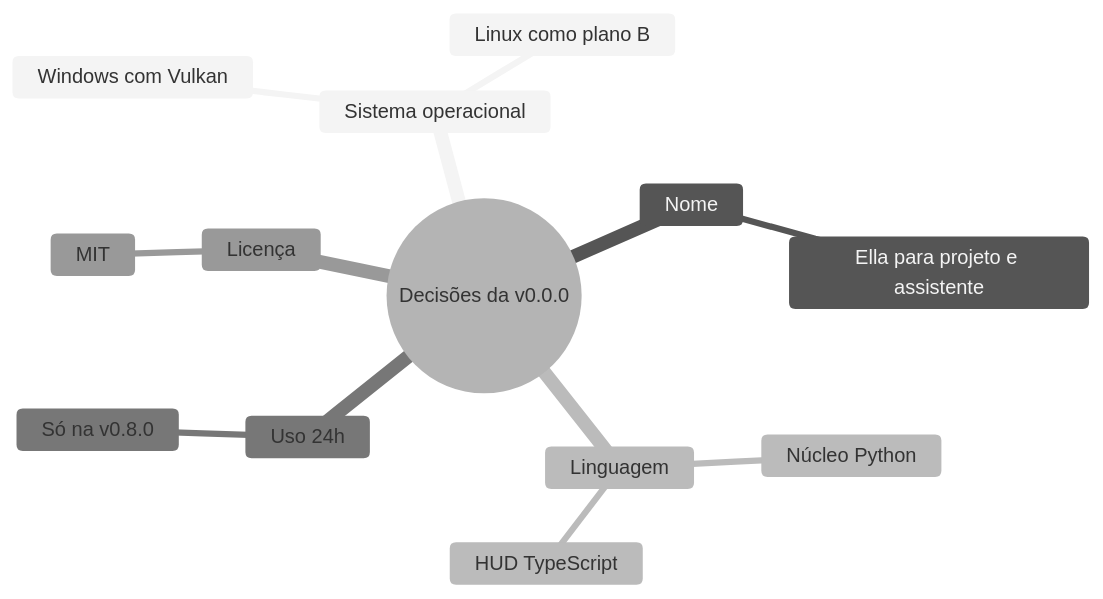
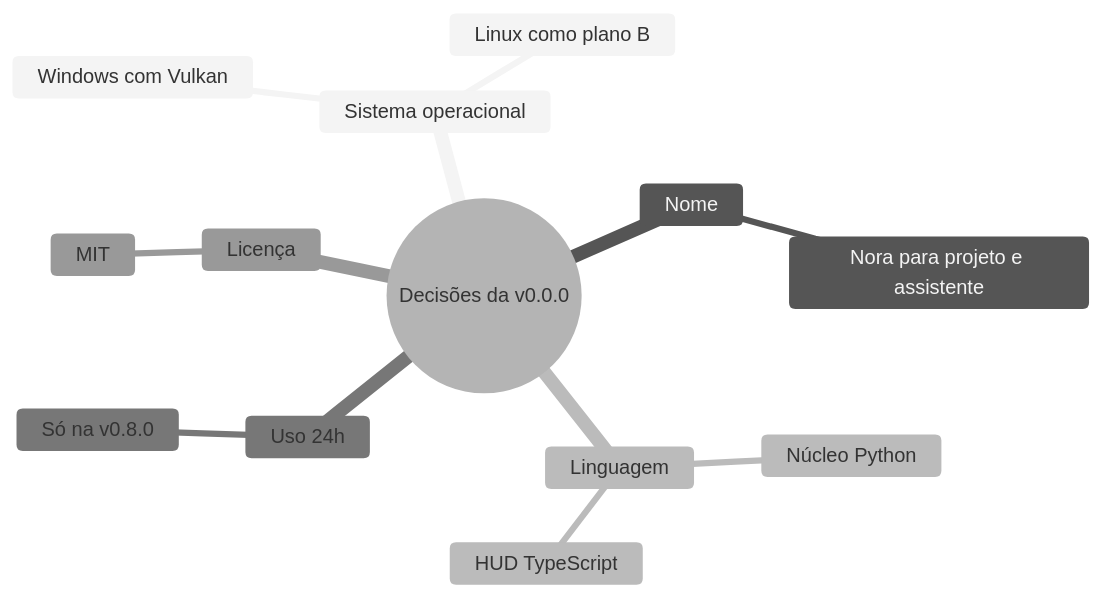
One commit to Gabitoprof/Nora changed the fourth of 4 diagrams in docs/MAPA_MENTAL.md. Above: the diagram before and after it, drawn with Mermaid (neutral theme). The commit also changed other lines of this file and 42 other files, not shown here.

First line of the commit message:
refactor: rename the project and assistant from Ella to Nora

````diff
--- a/docs/MAPA_MENTAL.md
+++ b/docs/MAPA_MENTAL.md
@@ -149,16 +149,16 @@
 ```mermaid
 mindmap
   root((Decisões da v0.0.0))
     Sistema operacional
       Windows com Vulkan
       Linux como plano B
     Nome
-      Ella para projeto e assistente
+      Nora para projeto e assistente
     Linguagem
       Núcleo Python
       HUD TypeScript
     Uso 24h
       Só na v0.8.0
     Licença
       MIT
 ```
````
